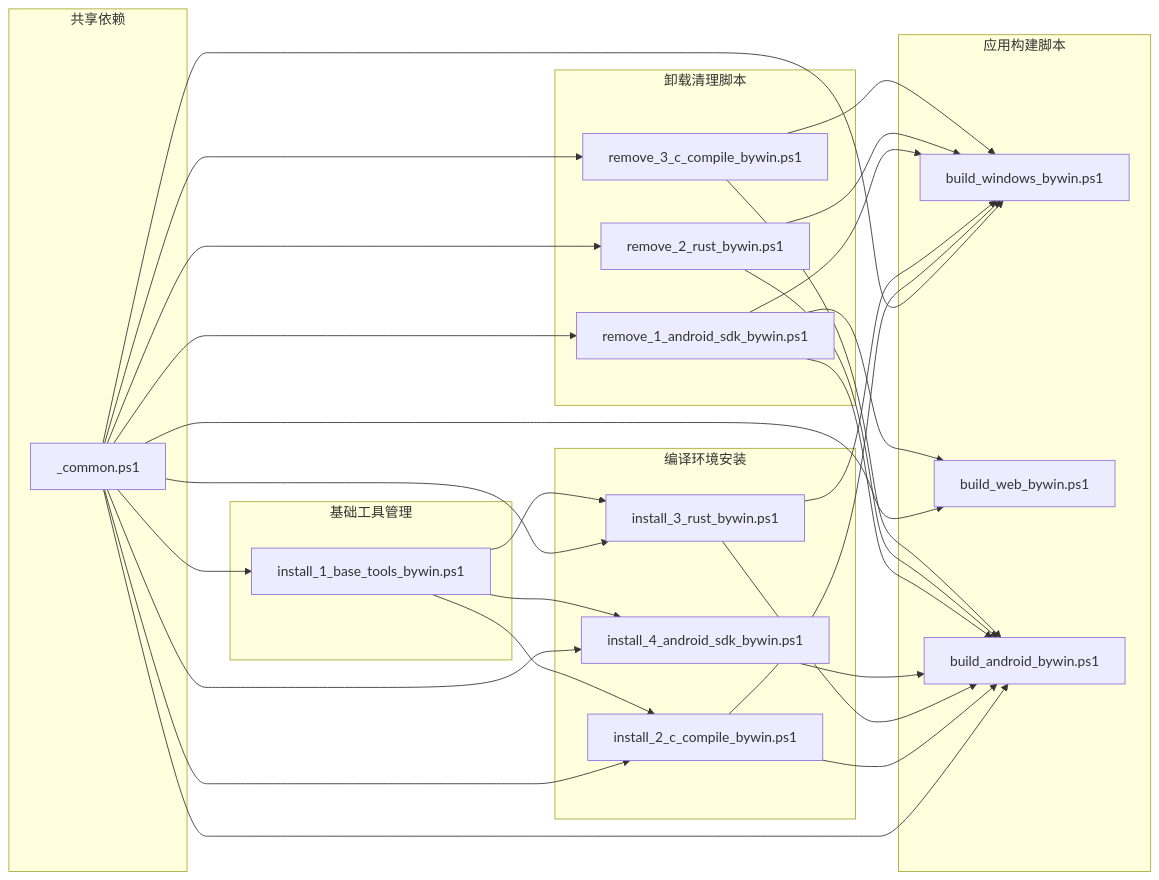
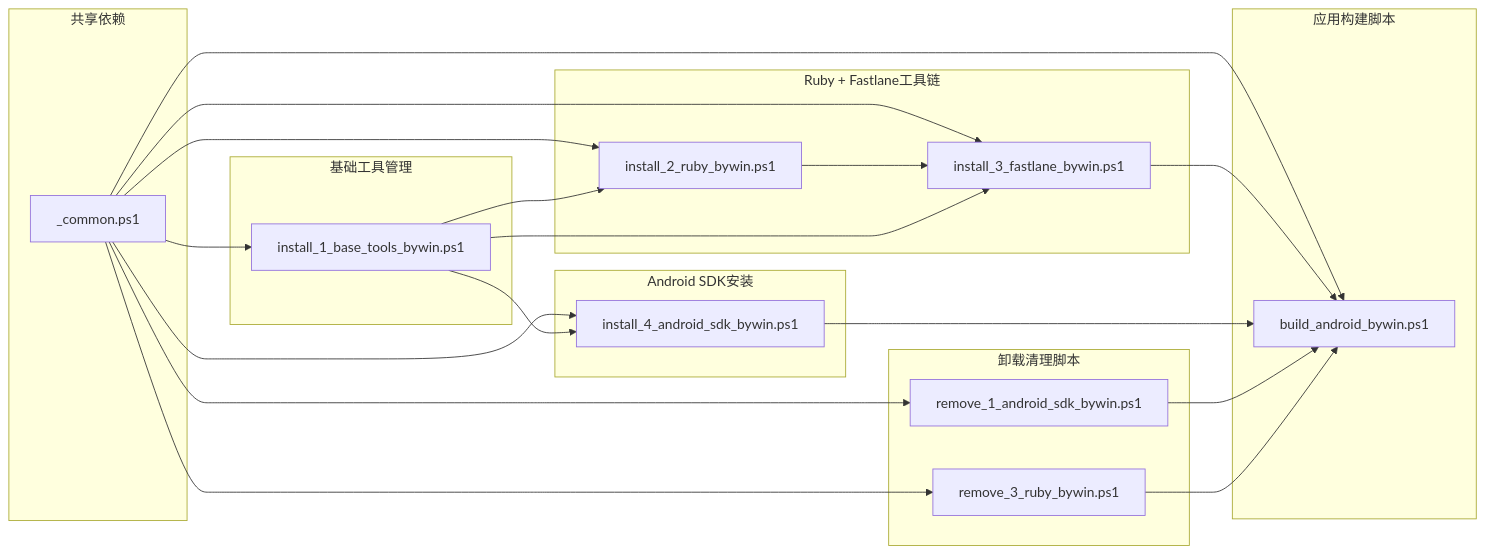
One commit to tea4go/Macro-Deck-Client-App changed the eighth of 8 diagrams in .qoder/repowiki/zh/content/构建与部署/Windows PowerShell自动化.md. Above: the diagram before and after it, drawn with Mermaid. The commit also changed other lines of this file and 15 other files, not shown here.

````diff
--- a/.qoder/repowiki/zh/content/构建与部署/Windows PowerShell自动化.md
+++ b/.qoder/repowiki/zh/content/构建与部署/Windows PowerShell自动化.md
@@ -504,49 +462,38 @@
 ```mermaid
 graph LR
 subgraph "共享依赖"
 Common[_common.ps1]
 end
 subgraph "基础工具管理"
 BaseTools[install_1_base_tools_bywin.ps1]
 end
-subgraph "编译环境安装"
-InstallC[install_2_c_compile_bywin.ps1]
-InstallRust[install_3_rust_bywin.ps1]
+subgraph "Ruby + Fastlane工具链"
+InstallRuby[install_2_ruby_bywin.ps1]
+InstallFastlane[install_3_fastlane_bywin.ps1]
+end
+subgraph "Android SDK安装"
 InstallSDK[install_4_android_sdk_bywin.ps1]
 end
 subgraph "应用构建脚本"
-BuildWin[build_windows_bywin.ps1]
-BuildWeb[build_web_bywin.ps1]
 BuildAndroid[build_android_bywin.ps1]
 end
 subgraph "卸载清理脚本"
 RemoveSDK[remove_1_android_sdk_bywin.ps1]
-RemoveRust[remove_2_rust_bywin.ps1]
-RemoveC[remove_3_c_compile_bywin.ps1]
+RemoveRuby[remove_3_ruby_bywin.ps1]
 end
 Common --> BaseTools
-Common --> InstallC
-Common --> InstallRust
+Common --> InstallRuby
+Common --> InstallFastlane
 Common --> InstallSDK
-Common --> BuildWin
-Common --> BuildWeb
 Common --> BuildAndroid
 Common --> RemoveSDK
-Common --> RemoveRust
-Common --> RemoveC
-InstallC --> BuildWin
-InstallC --> BuildAndroid
-InstallRust --> BuildWin
-InstallRust --> BuildAndroid
+Common --> RemoveRuby
+InstallRuby --> InstallFastlane
+InstallFastlane --> BuildAndroid
 InstallSDK --> BuildAndroid
-RemoveSDK --> BuildWin
-RemoveSDK --> BuildWeb
 RemoveSDK --> BuildAndroid
-RemoveRust --> BuildWin
-RemoveRust --> BuildAndroid
-RemoveC --> BuildWin
-RemoveC --> BuildAndroid
-BaseTools --> InstallC
-BaseTools --> InstallRust
+RemoveRuby --> BuildAndroid
+BaseTools --> InstallRuby
+BaseTools --> InstallFastlane
 BaseTools --> InstallSDK
 ```
````
